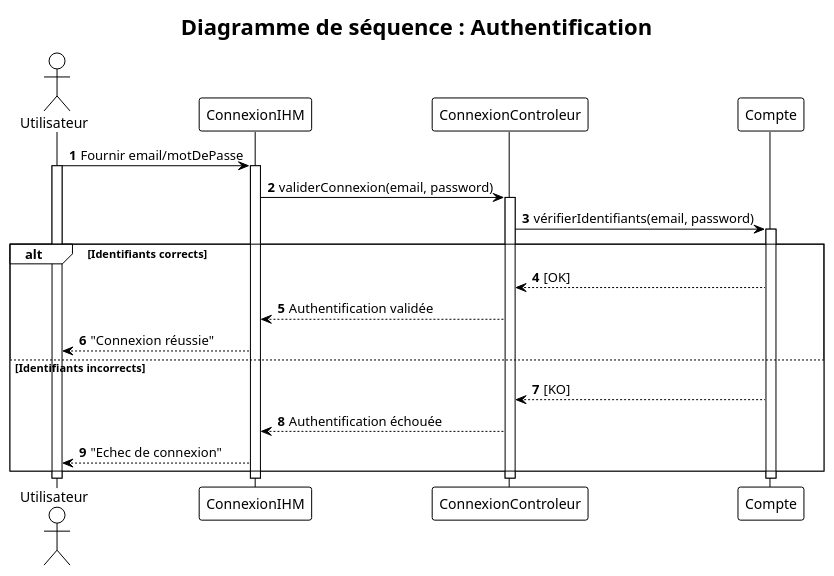
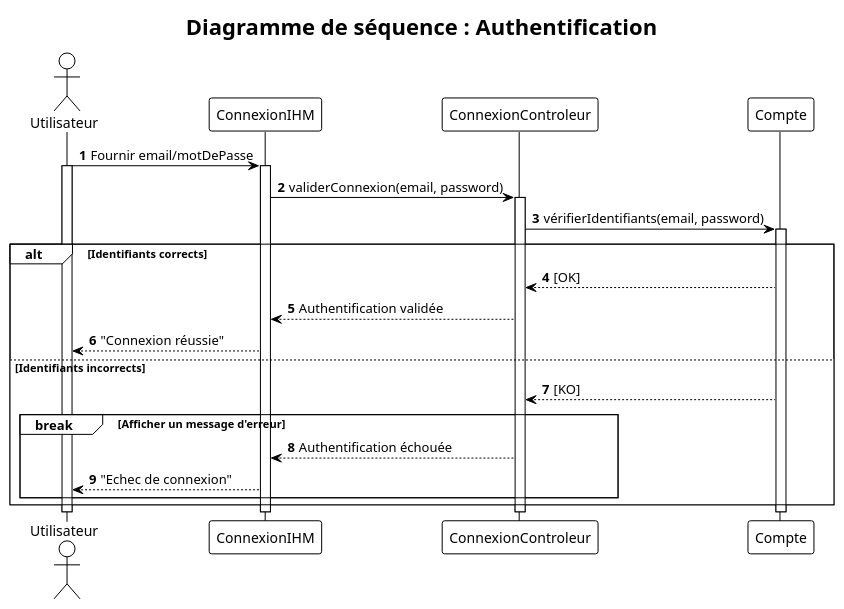
One commit to MehediT/BoutiqueLigneAudiovisuels changed the diagram in SequenceV2/AuthentificationSequence.puml. Above: the diagram before and after it, drawn with PlantUML. The commit also changed 7 other files, not shown here.

```diff
--- a/SequenceV2/AuthentificationSequence.puml
+++ b/SequenceV2/AuthentificationSequence.puml
@@ -1,36 +1,38 @@
 @startuml
 !theme plain
 autonumber
 
 actor "Utilisateur" as U
 participant "ConnexionIHM" as CIHM
 participant "ConnexionControleur" as CC
 participant "Compte" as C
 
 title Diagramme de séquence : Authentification
 
 U -> CIHM : Fournir email/motDePasse
 activate U
 activate CIHM
 
 CIHM -> CC : validerConnexion(email, password)
 activate CC
 
 CC -> C : vérifierIdentifiants(email, password)
 activate C
 
 alt Identifiants corrects
     C --> CC : [OK]
     CC --> CIHM : Authentification validée
     CIHM --> U : "Connexion réussie"
 else Identifiants incorrects
     C --> CC : [KO]
-    CC --> CIHM : Authentification échouée
-    CIHM --> U : "Echec de connexion"
+    break Afficher un message d'erreur
+        CC --> CIHM : Authentification échouée
+        CIHM --> U : "Echec de connexion"
+    end break
 end
 
 deactivate C
 deactivate CC
 deactivate CIHM
 deactivate U
 @enduml
```
